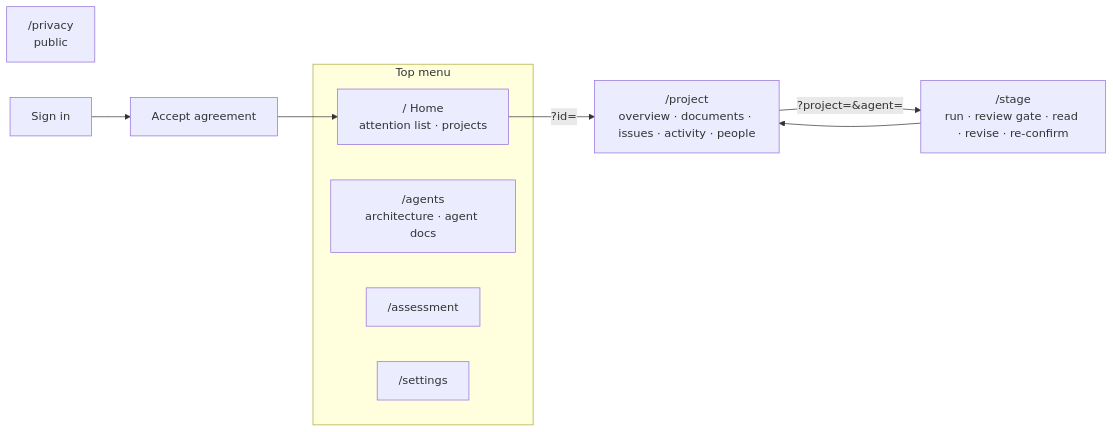
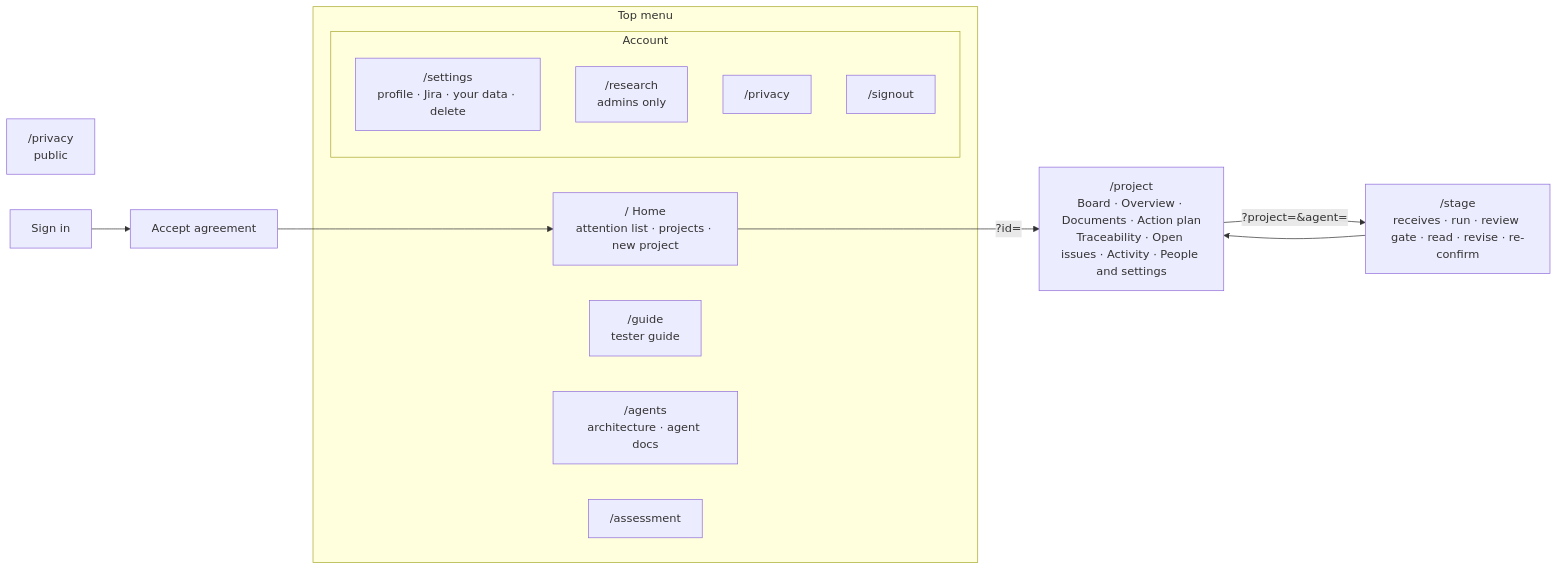
One commit to DiogoCampanha/raia changed the fourth of 12 diagrams in docs/architecture.md. Above: the diagram before and after it, drawn with Mermaid. The commit also changed other lines of this file and 16 other files, not shown here.

````diff
--- a/docs/architecture.md
+++ b/docs/architecture.md
@@ -148,14 +166,20 @@
 ```mermaid
 flowchart LR
     PUB["/privacy<br/>public"]
     LOGIN["Sign in"] --> CONSENT["Accept agreement"] --> HOME
     subgraph MENU["Top menu"]
-      HOME["/ Home<br/>attention list · projects"]
+      HOME["/ Home<br/>attention list · projects · new project"]
+      GUIDE["/guide<br/>tester guide"]
       AGENTS["/agents<br/>architecture · agent docs"]
       ASSESS["/assessment"]
-      SET["/settings"]
+      subgraph ACCOUNT["Account"]
+        SET["/settings<br/>profile · Jira · your data · delete"]
+        RES["/research<br/>admins only"]
+        PRIV["/privacy"]
+        OUT["/signout"]
+      end
     end
-    HOME -->|"?id="| PROJECT["/project<br/>overview · documents · issues · activity · people"]
-    PROJECT -->|"?project=&agent="| STAGE["/stage<br/>run · review gate · read · revise · re-confirm"]
+    HOME -->|"?id="| PROJECT["/project<br/>Board · Overview · Documents · Action plan<br/>Traceability · Open issues · Activity · People and settings"]
+    PROJECT -->|"?project=&agent="| STAGE["/stage<br/>receives · run · review gate · read · revise · re-confirm"]
     STAGE --> PROJECT
 ```
````
